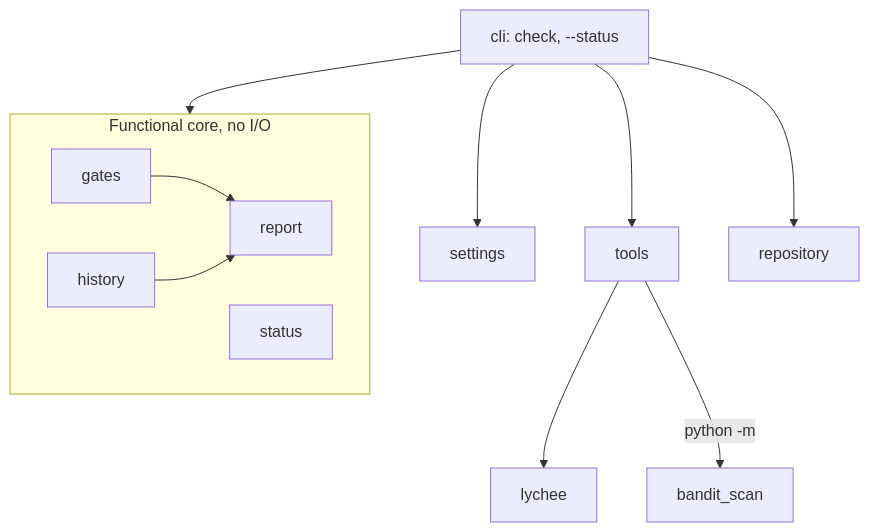
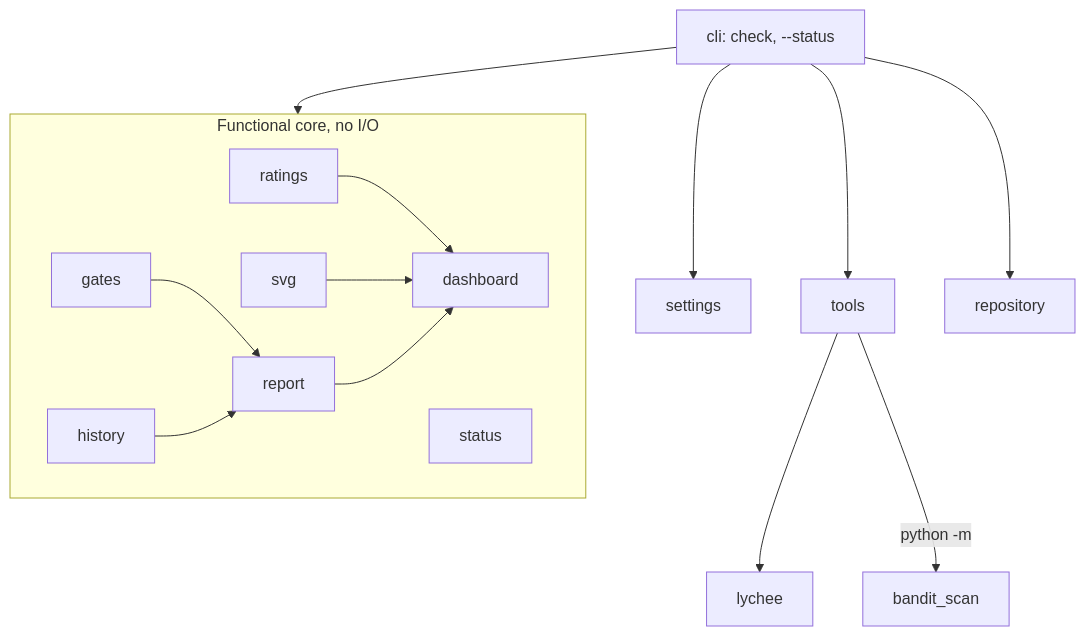
The second of 2 diagrams in docs/architecture.md (csileo/qualitycheck), drawn with Mermaid before and after one commit. The commit also changed other lines of this file and 26 other files, not shown here.

First line of the commit message:
feat: open the report on a Sonar-like dashboard of SVG images

````diff
--- a/docs/architecture.md
+++ b/docs/architecture.md
@@ -18,14 +18,17 @@
 ```mermaid
 flowchart TB
     cli[cli: check, --status] --> settings
     cli --> tools
     cli --> repository
     cli --> core
     subgraph core[Functional core, no I/O]
         gates --> report
+        ratings --> dashboard
+        svg --> dashboard
+        report --> dashboard
         history --> report
         status
     end
     tools --> lychee
     tools -->|python -m| bandit_scan
 ```
````
